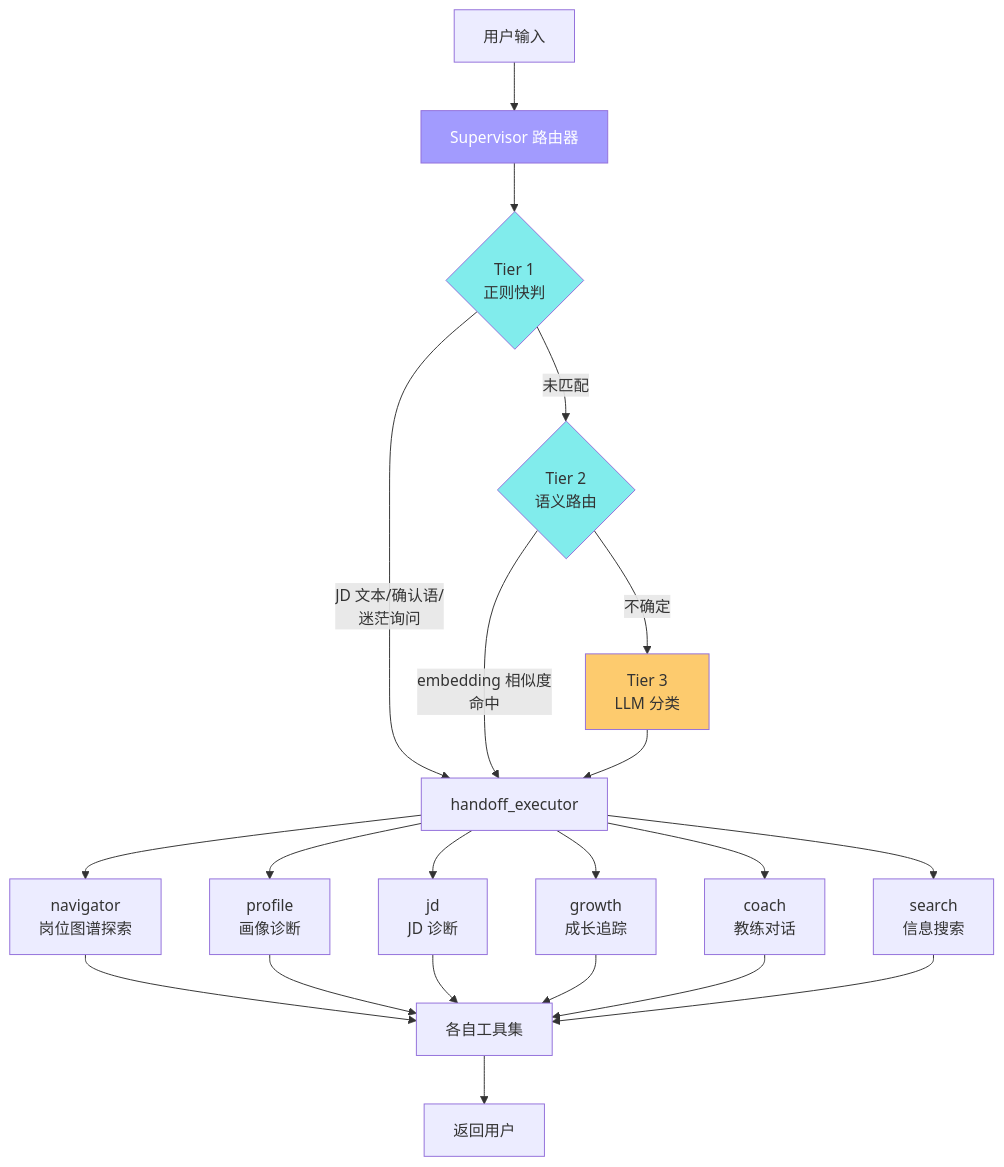
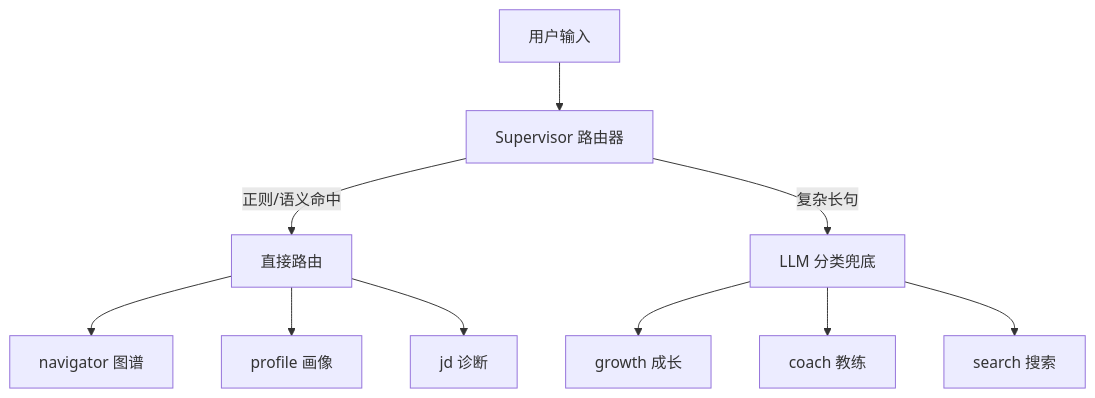
One commit to 1797127235/CareerPlanningAgent changed the fourth of 4 diagrams in docs/项目详细方案.md. Above: the diagram before and after it, drawn with Mermaid. The commit also changed other lines of this file and 65 other files, not shown here.

````diff
--- a/docs/项目详细方案.md
+++ b/docs/项目详细方案.md
@@ -476,28 +384,13 @@
 ```mermaid
-flowchart TD
-  User[用户输入] --> SUP[Supervisor 路由器]
+graph TD
+  User[用户输入] --> Router[Supervisor 路由器]
+  Router -->|正则/语义命中| Direct[直接路由]
+  Router -->|复杂长句| LLM_Classify[LLM 分类兜底]
 
-  SUP --> T1{Tier 1<br/>正则快判}
-  T1 -->|JD 文本/确认语/<br/>迷茫询问| Route
-  T1 -->|未匹配| T2{Tier 2<br/>语义路由}
-
-  T2 -->|embedding 相似度<br/>命中| Route
-  T2 -->|不确定| T3[Tier 3<br/>LLM 分类]
-
-  T3 --> Route[handoff_executor]
-
-  Route --> A1[navigator<br/>岗位图谱探索]
-  Route --> A2[profile<br/>画像诊断]
-  Route --> A3[jd<br/>JD 诊断]
-  Route --> A4[growth<br/>成长追踪]
-  Route --> A5[coach<br/>教练对话]
-  Route --> A6[search<br/>信息搜索]
-
-  A1 & A2 & A3 & A4 & A5 & A6 --> Tools[各自工具集]
-  Tools --> Output[返回用户]
-
-  style SUP fill:#a29bfe,color:#fff
-  style T1 fill:#81ecec
-  style T2 fill:#81ecec
-  style T3 fill:#fdcb6e
+  Direct --> A1[navigator 图谱]
+  Direct --> A2[profile 画像]
+  Direct --> A3[jd 诊断]
+  LLM_Classify --> A4[growth 成长]
+  LLM_Classify --> A5[coach 教练]
+  LLM_Classify --> A6[search 搜索]
 ```
````
